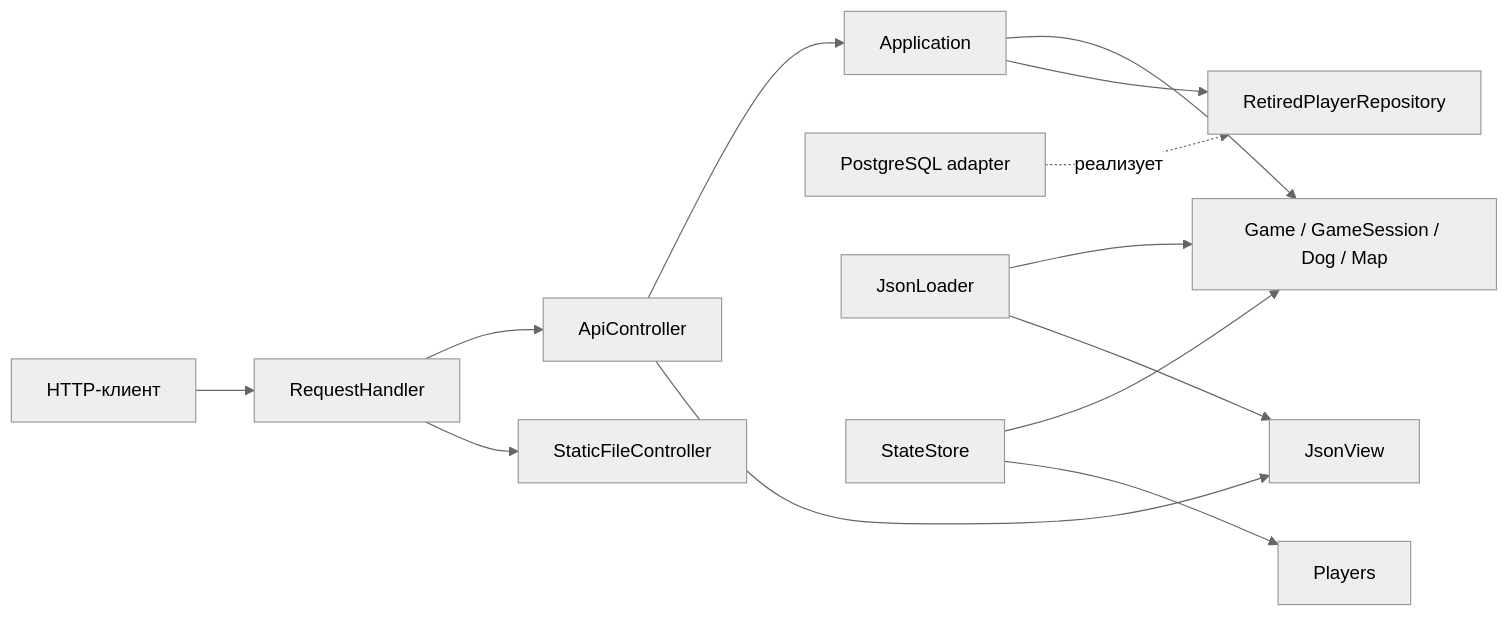
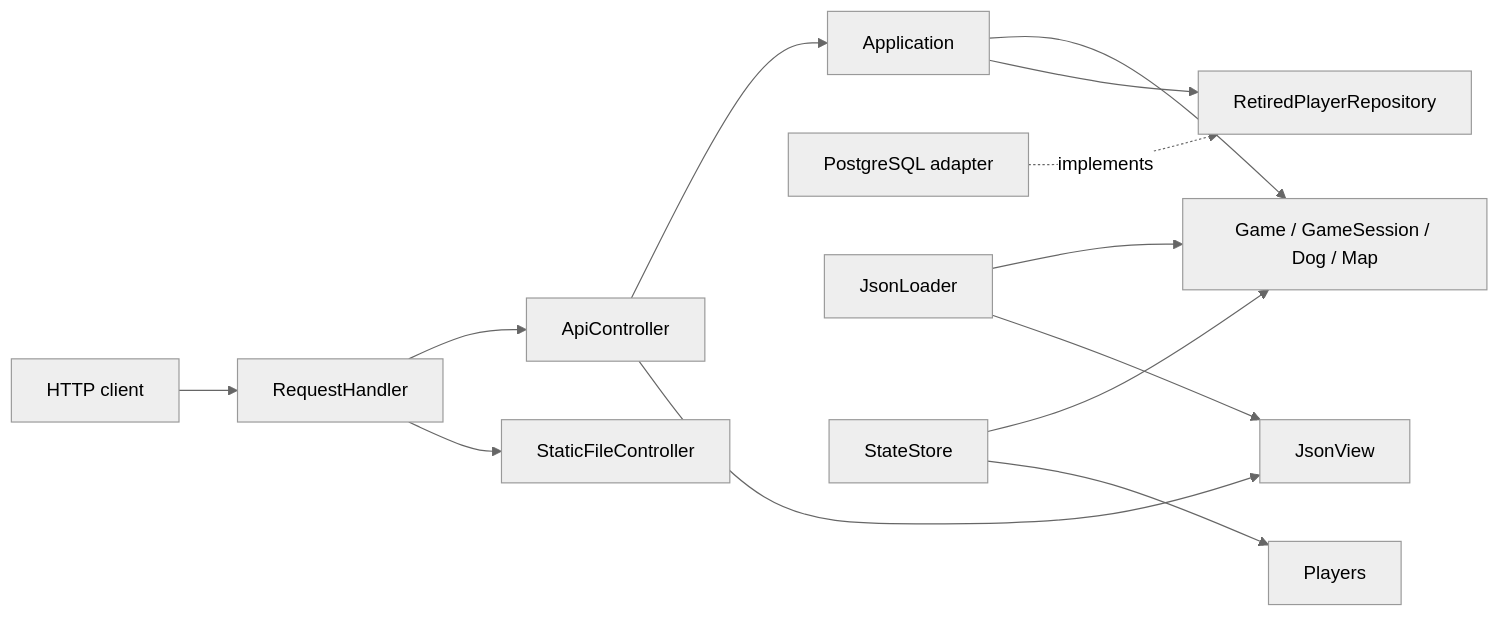
One commit to ALLeksandrOrlov/dog-story-server changed the diagram in docs/architecture.md. Above: the diagram before and after it, drawn with Mermaid (neutral theme). The commit also changed other lines of this file and 62 other files, not shown here.

````diff
--- a/docs/architecture.md
+++ b/docs/architecture.md
@@ -8,15 +8,15 @@
 ```mermaid
 flowchart LR
-    Client[HTTP-клиент] --> Router[RequestHandler]
+    Client[HTTP client] --> Router[RequestHandler]
     Router --> API[ApiController]
     Router --> Files[StaticFileController]
     API --> App[Application]
     API --> View[JsonView]
     App --> Domain[Game / GameSession / Dog / Map]
     App --> Port[RetiredPlayerRepository]
-    Postgres[PostgreSQL adapter] -. реализует .-> Port
+    Postgres[PostgreSQL adapter] -. implements .-> Port
     Config[JsonLoader] --> Domain
     Config --> View
     Snapshot[StateStore] --> Domain
     Snapshot --> Players[Players]
 ```
````
